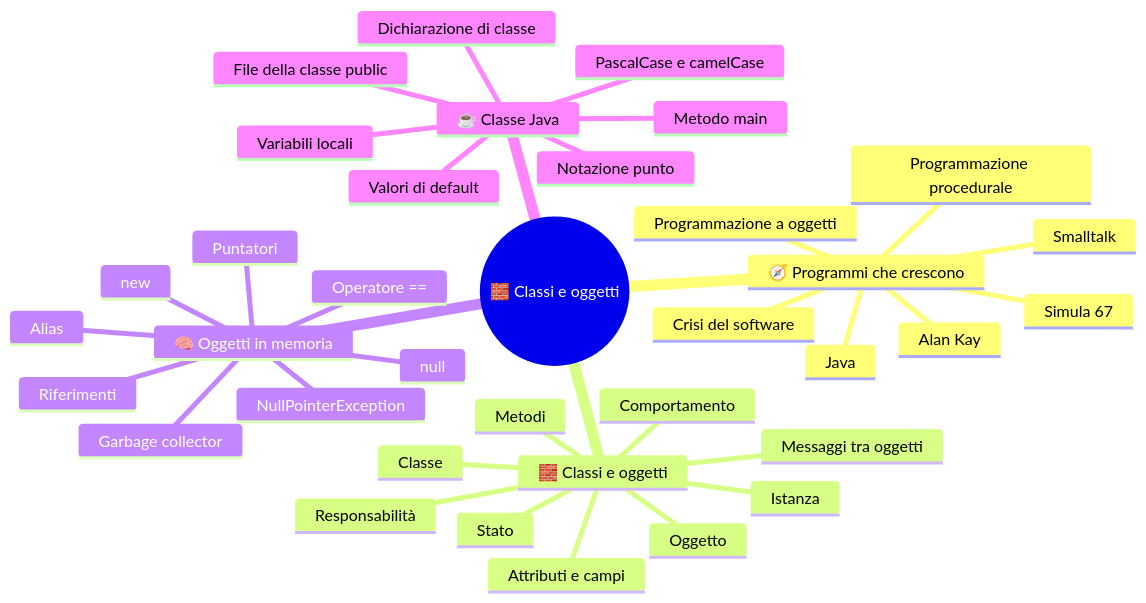
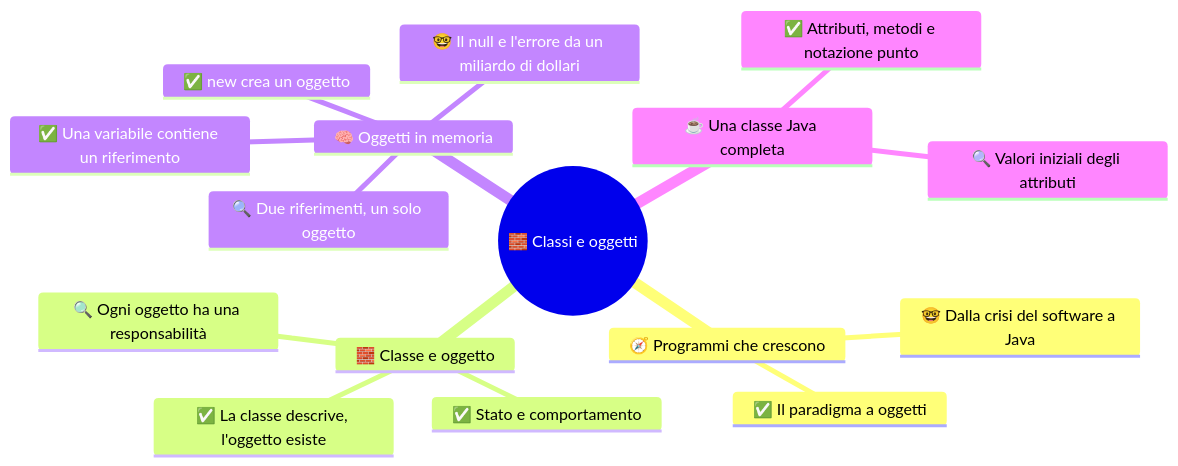
The diagram in 4CI - Informatica/1 SETT-OTT/Allegati/4ci-sett-ott-s1-classi-e-oggetti-mappa-1.mmd (Neeqstock/dispense-caramuel), drawn with Mermaid before and after one commit. The commit also changed 56 other files, not shown here.

```diff
--- a/4CI - Informatica/1 SETT-OTT/Allegati/4ci-sett-ott-s1-classi-e-oggetti-mappa-1.mmd
+++ b/4CI - Informatica/1 SETT-OTT/Allegati/4ci-sett-ott-s1-classi-e-oggetti-mappa-1.mmd
@@ -1,37 +1,17 @@
 mindmap
   root((🧱 Classi e oggetti))
     🧭 Programmi che crescono
-      Programmazione procedurale
-      Programmazione a oggetti
-      Crisi del software
-      Simula 67
-      Alan Kay
-      Smalltalk
-      Java
-    🧱 Classi e oggetti
-      Classe
-      Oggetto
-      Istanza
-      Stato
-      Comportamento
-      Attributi e campi
-      Metodi
-      Responsabilità
-      Messaggi tra oggetti
+      ✅ Il paradigma a oggetti
+      🤓 Dalla crisi del software a Java
+    🧱 Classe e oggetto
+      ✅ La classe descrive, l'oggetto esiste
+      ✅ Stato e comportamento
+      🔍 Ogni oggetto ha una responsabilità
     🧠 Oggetti in memoria
-      new
-      Riferimenti
-      Alias
-      null
-      NullPointerException
-      Operatore ==
-      Puntatori
-      Garbage collector
-    ☕ Classe Java
-      Dichiarazione di classe
-      File della classe public
-      Notazione punto
-      Metodo main
-      Valori di default
-      Variabili locali
-      PascalCase e camelCase
+      ✅ new crea un oggetto
+      ✅ Una variabile contiene un riferimento
+      🔍 Due riferimenti, un solo oggetto
+      🤓 Il null e l'errore da un miliardo di dollari
+    ☕ Una classe Java completa
+      ✅ Attributi, metodi e notazione punto
+      🔍 Valori iniziali degli attributi
```
